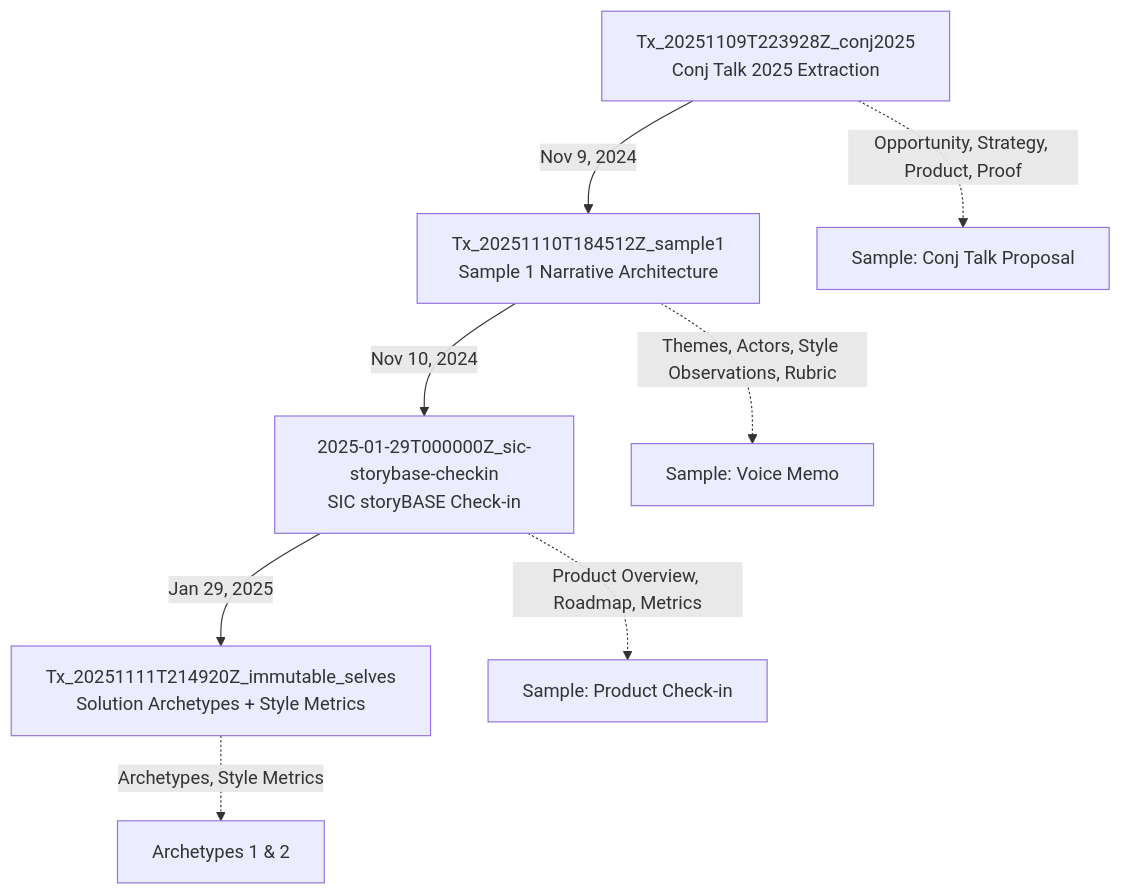
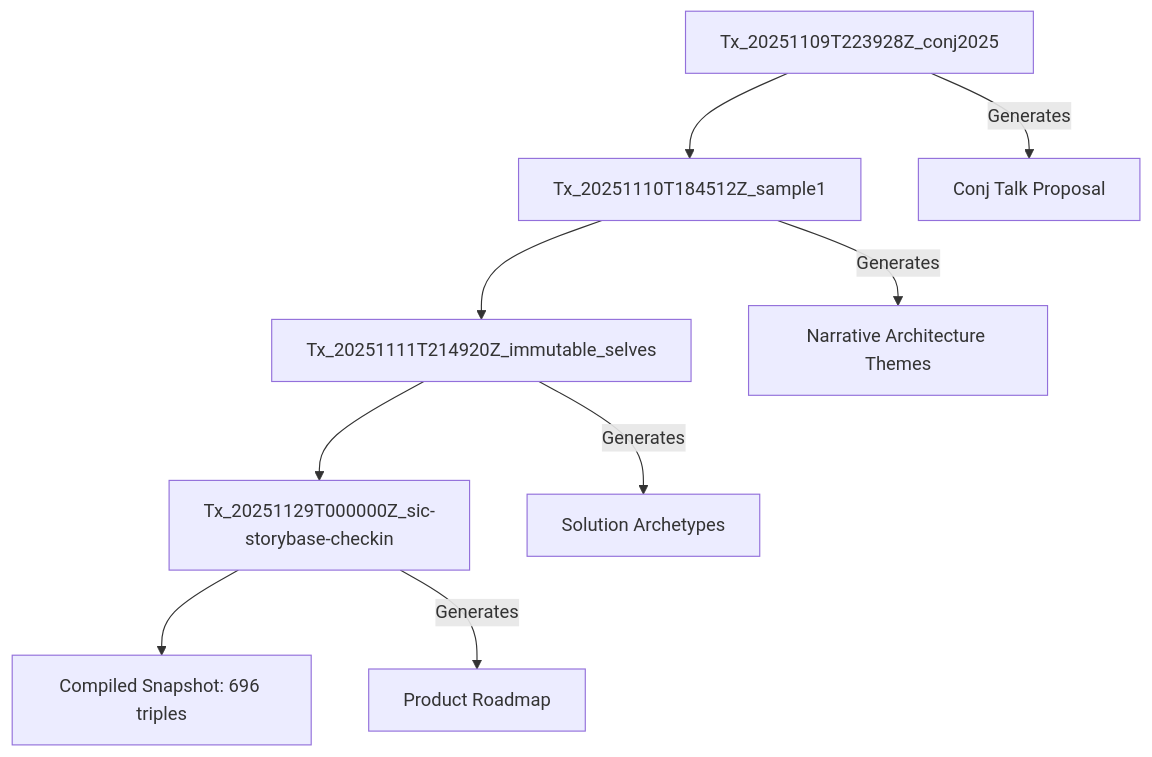
One commit to Synthetic-Identity-Co/conj-talk-2025 changed the first of 3 diagrams in README.md. Above: the diagram before and after it, drawn with Mermaid. The commit also changed other lines of this file, not shown here.

Commit message:
story:  c30a904c1113852464fdd0497fffb291c4cc43b6

````diff
--- a/README.md
+++ b/README.md
@@ -75,16 +129,12 @@
 ```mermaid
 graph TD
-    T1[Tx_20251109T223928Z_conj2025<br/>Conj Talk 2025 Extraction]
-    T2[Tx_20251110T184512Z_sample1<br/>Sample 1 Narrative Architecture]
-    T3[2025-01-29T000000Z_sic-storybase-checkin<br/>SIC storyBASE Check-in]
-    T4[Tx_20251111T214920Z_immutable_selves<br/>Solution Archetypes + Style Metrics]
+    A[Tx_20251109T223928Z_conj2025] --> B[Tx_20251110T184512Z_sample1]
+    B --> C[Tx_20251111T214920Z_immutable_selves]
+    C --> D[Tx_20251129T000000Z_sic-storybase-checkin]
+    D --> E[Compiled Snapshot: 696 triples]
     
-    T1 -->|Nov 9, 2024| T2
-    T2 -->|Nov 10, 2024| T3
-    T3 -->|Jan 29, 2025| T4
-    
-    T1 -.->|Opportunity, Strategy, Product, Proof| S1[Sample: Conj Talk Proposal]
-    T2 -.->|Themes, Actors, Style Observations, Rubric| S2[Sample: Voice Memo]
-    T3 -.->|Product Overview, Roadmap, Metrics| S3[Sample: Product Check-in]
-    T4 -.->|Archetypes, Style Metrics| A[Archetypes 1 & 2]
+    A -->|Generates| F[Conj Talk Proposal]
+    B -->|Generates| G[Narrative Architecture Themes]
+    C -->|Generates| H[Solution Archetypes]
+    D -->|Generates| I[Product Roadmap]
 ```
````
